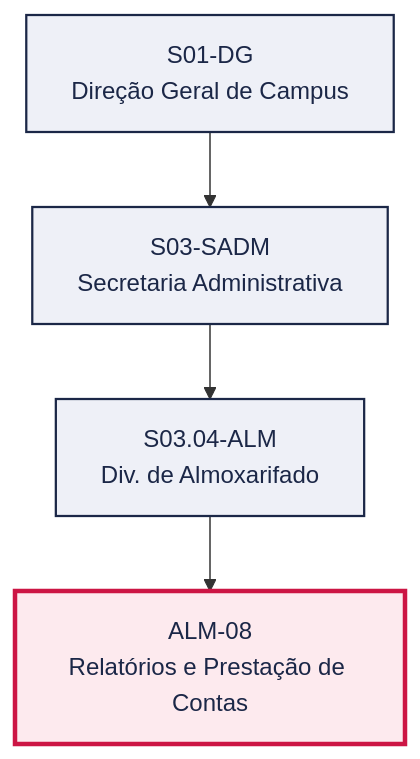
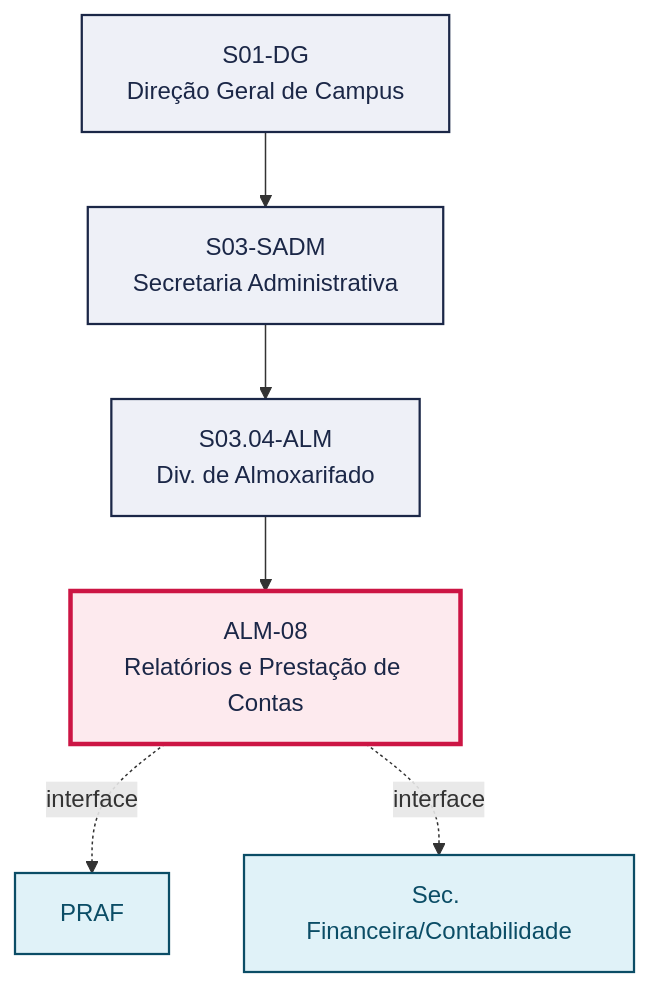
One commit to jessefers/canvas-vivo-atdg changed the first of 2 diagrams in pops/ALM/ALM-08.md. Above: the diagram before and after it, drawn with Mermaid. The commit also changed other lines of this file and 3 other files, not shown here.

````diff
--- a/pops/ALM/ALM-08.md
+++ b/pops/ALM/ALM-08.md
@@ -49,15 +51,20 @@
 ```mermaid
 graph TD
   S01_DG["S01-DG<br/>Direção Geral de Campus"]
   S03_SADM["S03-SADM<br/>Secretaria Administrativa"]
   S01_DG --> S03_SADM
   S03_04_ALM["S03.04-ALM<br/>Div. de Almoxarifado"]
   S03_SADM --> S03_04_ALM
   P["ALM-08<br/>Relatórios e Prestação de Contas"]
   S03_04_ALM --> P
+  V1["PRAF"]
+  P -. interface .-> V1
+  V2["Sec. Financeira/Contabilidade"]
+  P -. interface .-> V2
   classDef setor fill:#EEF0F7,stroke:#1B2747,stroke-width:1.5px,color:#1B2747
   classDef destaque fill:#FDEAEE,stroke:#CC1544,stroke-width:3px,color:#1B2747
   classDef vizinho fill:#E0F2F8,stroke:#0B4D66,stroke-width:1.5px,color:#0B4D66
   class S01_DG,S03_SADM,S03_04_ALM setor
   class P destaque
+  class V1,V2 vizinho
 ```
````
